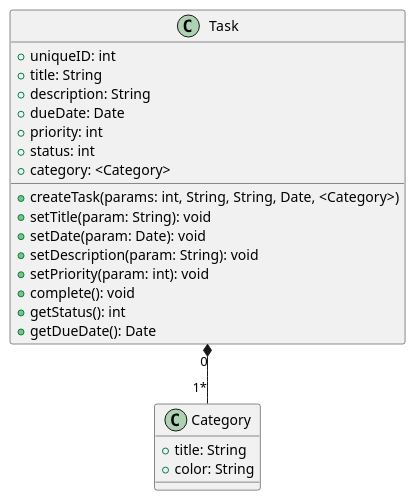
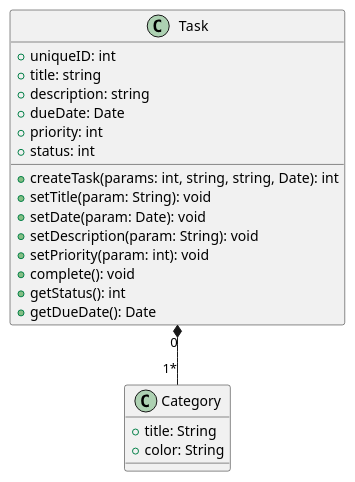
Before and after one commit to CS361-2024Fall-Term/Innovators: the diagram in assignment6/task.puml, drawn with PlantUML. The commit also changed 3 other files, not shown here.

```diff
--- a/assignment6/task.puml
+++ b/assignment6/task.puml
@@ -1,30 +1,27 @@
 @startuml
 
 class Task {
   +uniqueID: int
-  +title: String
-  +description: String
+  +title: string
+  +description: string
   +dueDate: Date
   +priority: int
   +status: int
-  +category: <Category>
-  +createTask(params: int, String, String, Date, <Category>)
+  +createTask(params: int, string, string, Date): int
   +setTitle(param: String): void
   +setDate(param: Date): void
   +setDescription(param: String): void
   +setPriority(param: int): void
   +complete(): void
   +getStatus(): int
   +getDueDate(): Date
 }
 
-class Category{
+class Category {
   +title: String
   +color: String
 }
 
 Task "0" *-- "1*" Category
 
-
-
 @enduml
```
